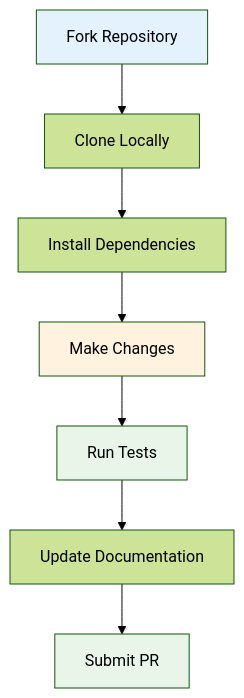
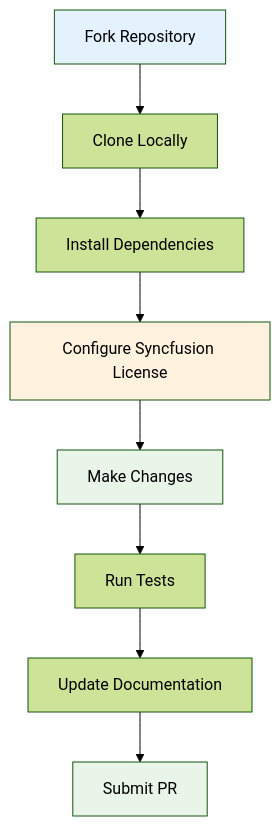
Before and after one commit to serhabdel/Excel-mcp-dotnet: the eighth of 8 diagrams in README.md, drawn with Mermaid (forest theme). The commit also changed other lines of this file and 13 other files, not shown here.

````diff
--- a/README.md
+++ b/README.md
@@ -572,14 +424,15 @@
 ```mermaid
 graph TD
     A[Fork Repository] --> B[Clone Locally]
     B --> C[Install Dependencies]
-    C --> D[Make Changes]
-    D --> E[Run Tests]
-    E --> F[Update Documentation]
-    F --> G[Submit PR]
+    C --> D[Configure Syncfusion License]
+    D --> E[Make Changes]
+    E --> F[Run Tests]
+    F --> G[Update Documentation]
+    G --> H[Submit PR]
     
     style A fill:#e3f2fd
     style D fill:#fff3e0
     style E fill:#e8f5e8
-    style G fill:#e8f5e8
+    style H fill:#e8f5e8
 ```
````
